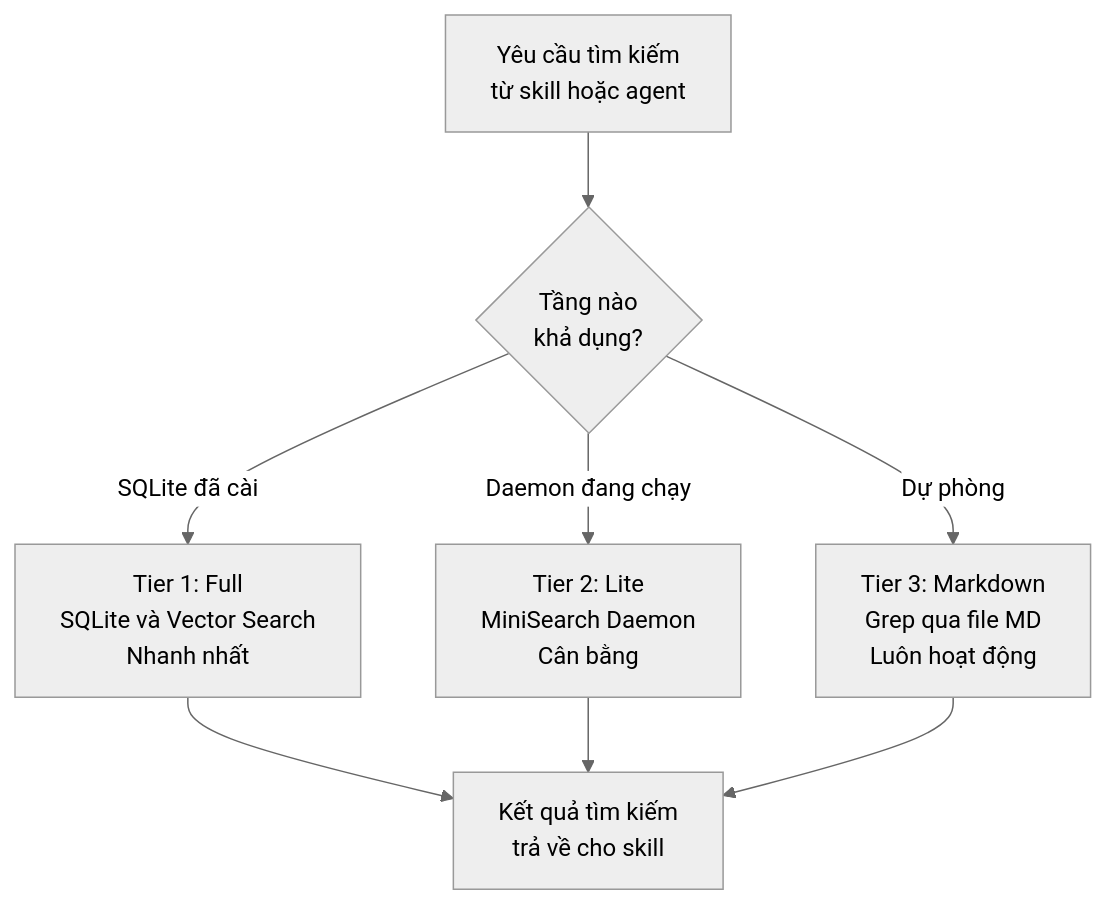
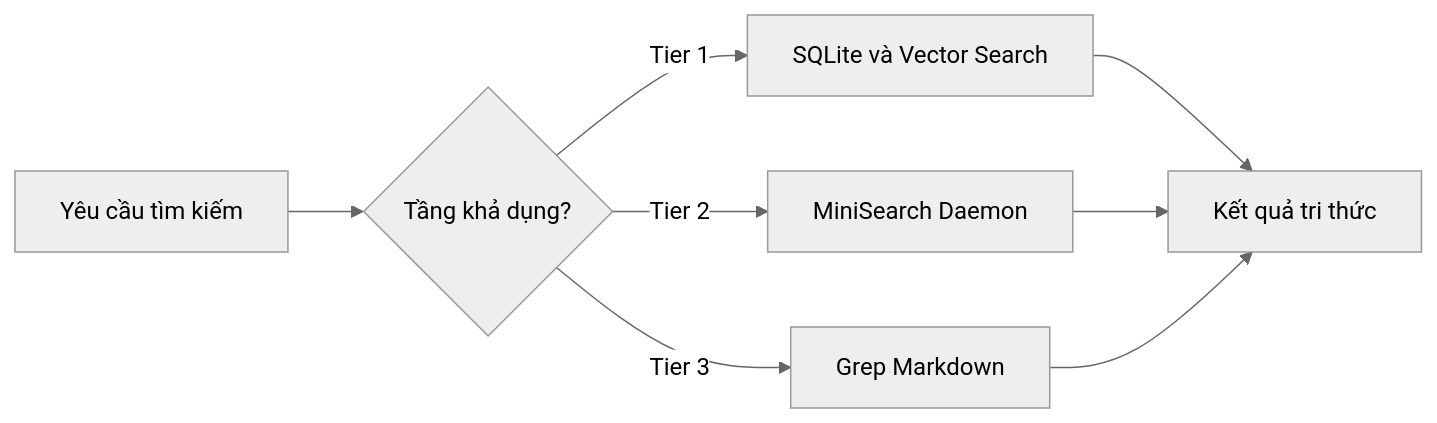
Before and after one commit to nguyengoctin/my_website: the second of 3 diagrams in content/posts/toan-tap-coding-friend-ai-engineering.md, drawn with Mermaid (neutral theme). The commit also changed other lines of this file and 32 other files, not shown here.

````diff
--- a/content/posts/toan-tap-coding-friend-ai-engineering.md
+++ b/content/posts/toan-tap-coding-friend-ai-engineering.md
@@ -209,16 +204,10 @@
 ```mermaid
-flowchart TD
-    Query["Yêu cầu tìm kiếm<br/>từ skill hoặc agent"]
-    Auto{"Tầng nào<br/>khả dụng?"}
-    T1["Tier 1: Full<br/>SQLite và Vector Search<br/>Nhanh nhất"]
-    T2["Tier 2: Lite<br/>MiniSearch Daemon<br/>Cân bằng"]
-    T3["Tier 3: Markdown<br/>Grep qua file MD<br/>Luôn hoạt động"]
-    Result["Kết quả tìm kiếm<br/>trả về cho skill"]
-    Query --> Auto
-    Auto -->|SQLite đã cài| T1
-    Auto -->|Daemon đang chạy| T2
-    Auto -->|Dự phòng| T3
-    T1 --> Result
+flowchart LR
+    Query["Yêu cầu tìm kiếm"] --> Auto{"Tầng khả dụng?"}
+    Auto -->|Tier 1| T1["SQLite và Vector Search"]
+    Auto -->|Tier 2| T2["MiniSearch Daemon"]
+    Auto -->|Tier 3| T3["Grep Markdown"]
+    T1 --> Result["Kết quả tri thức"]
     T2 --> Result
     T3 --> Result
 ```
````
